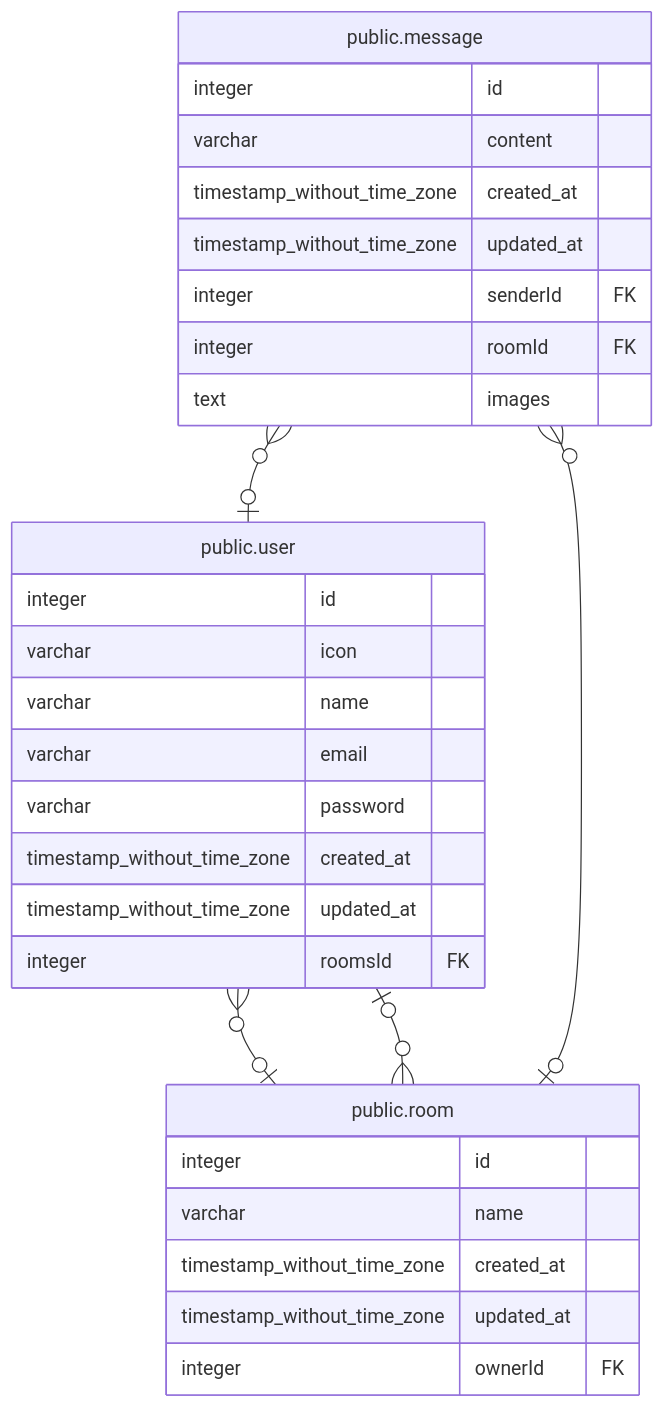
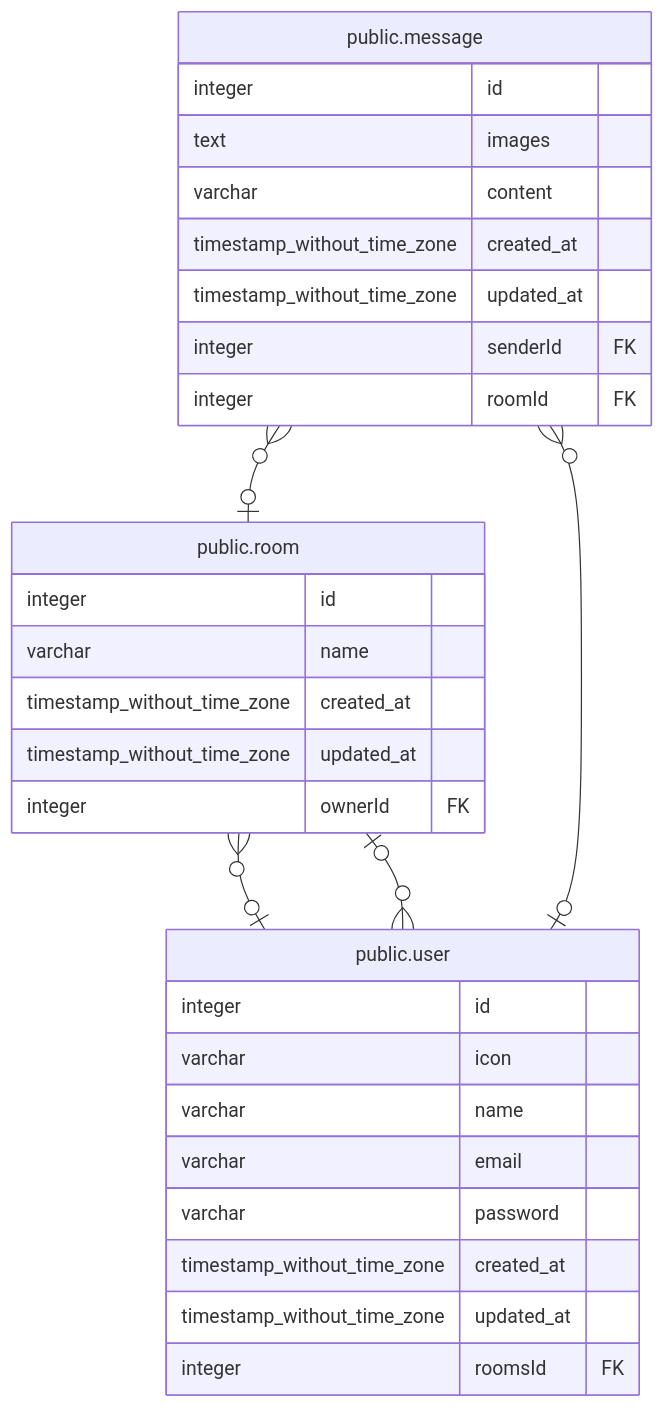
The diagram in docs/dbschema/README.md (yumekiti-archive/chat), drawn with Mermaid before and after one commit. The commit also changed other lines of this file and 6 other files, not shown here.

````diff
--- a/docs/dbschema/README.md
+++ b/docs/dbschema/README.md
@@ -13,35 +13,35 @@
 ```mermaid
 erDiagram
 
+"public.room" }o--o| "public.user" : ""
+"public.message" }o--o| "public.room" : ""
+"public.message" }o--o| "public.user" : ""
 "public.user" }o--o| "public.room" : ""
-"public.message" }o--o| "public.user" : ""
-"public.message" }o--o| "public.room" : ""
-"public.room" }o--o| "public.user" : ""
 
+"public.room" {
+  integer id
+  varchar name
+  timestamp_without_time_zone created_at
+  timestamp_without_time_zone updated_at
+  integer ownerId FK
+}
+"public.message" {
+  integer id
+  text images
+  varchar content
+  timestamp_without_time_zone created_at
+  timestamp_without_time_zone updated_at
+  integer senderId FK
+  integer roomId FK
+}
 "public.user" {
   integer id
   varchar icon
   varchar name
   varchar email
   varchar password
   timestamp_without_time_zone created_at
   timestamp_without_time_zone updated_at
   integer roomsId FK
 }
-"public.message" {
-  integer id
-  varchar content
-  timestamp_without_time_zone created_at
-  timestamp_without_time_zone updated_at
-  integer senderId FK
-  integer roomId FK
-  text images
-}
-"public.room" {
-  integer id
-  varchar name
-  timestamp_without_time_zone created_at
-  timestamp_without_time_zone updated_at
-  integer ownerId FK
-}
 ```
````
